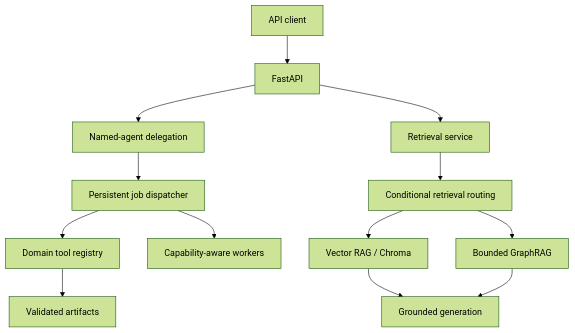
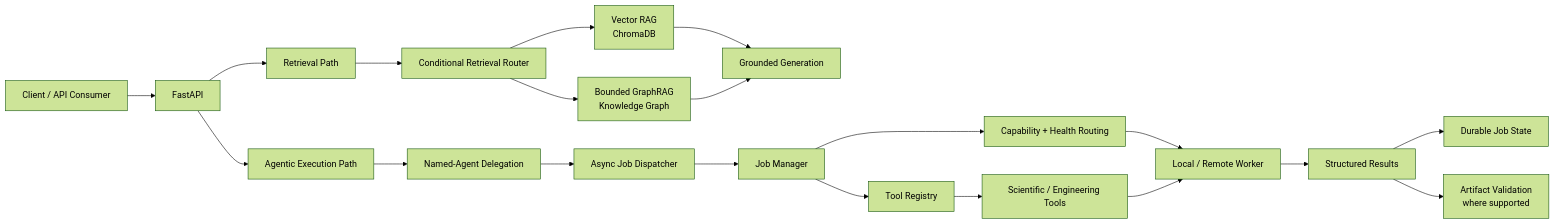
One commit to syedkhadeermo/personal-graphrag-agent changed the first of 8 diagrams in README.md. Above: the diagram before and after it, drawn with Mermaid (forest theme). The commit also changed other lines of this file, not shown here.

Commit message:
docs: document agentic scientific computing architecture

````diff
--- a/README.md
+++ b/README.md
@@ -38,15 +28,27 @@
 ```mermaid
-flowchart TD
-    Client["API client"] --> API["FastAPI"]
-    API --> Delegate["Named-agent delegation"]
-    Delegate --> Jobs["Persistent job dispatcher"]
-    Jobs --> Tools["Domain tool registry"]
-    Jobs --> Workers["Capability-aware workers"]
-    API --> RAG["Retrieval service"]
-    RAG --> Route["Conditional retrieval routing"]
-    Route --> Vector["Vector RAG / Chroma"]
-    Route --> Graph["Bounded GraphRAG"]
-    Vector --> Generate["Grounded generation"]
-    Graph --> Generate
-    Tools --> Artifacts["Validated artifacts"]
+flowchart LR
+    User["Client / API Consumer"] --> API["FastAPI"]
+
+    API --> Retrieval["Retrieval Path"]
+    API --> Delegation["Agentic Execution Path"]
+
+    Retrieval --> Router["Conditional Retrieval Router"]
+    Router --> Vector["Vector RAG<br/>ChromaDB"]
+    Router --> Graph["Bounded GraphRAG<br/>Knowledge Graph"]
+    Vector --> Generation["Grounded Generation"]
+    Graph --> Generation
+
+    Delegation --> Agent["Named-Agent Delegation"]
+    Agent --> Dispatcher["Async Job Dispatcher"]
+    Dispatcher --> Manager["Job Manager"]
+    Manager --> WorkerRouter["Capability + Health Routing"]
+    WorkerRouter --> Worker["Local / Remote Worker"]
+    Manager --> Registry["Tool Registry"]
+
+    Registry --> Scientific["Scientific / Engineering Tools"]
+    Scientific --> Worker
+
+    Worker --> Results["Structured Results"]
+    Results --> Store["Durable Job State"]
+    Results --> Artifacts["Artifact Validation<br/>where supported"]
 ```
````
